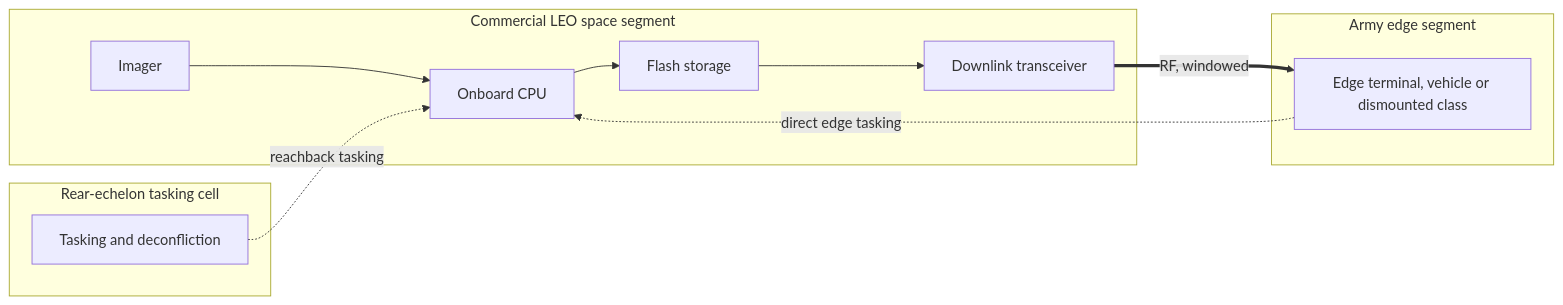
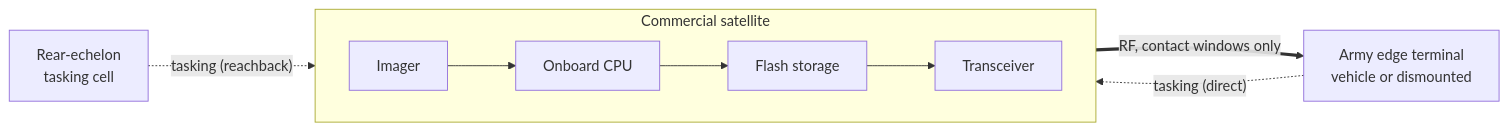
One commit to noahstephenson/leo-edge-architecture changed the sixth of 6 diagrams in docs/ARCHITECTURE_VIEWS.md. Above: the diagram before and after it, drawn with Mermaid. The commit also changed other lines of this file and 3 other files, not shown here.

````diff
--- a/docs/ARCHITECTURE_VIEWS.md
+++ b/docs/ARCHITECTURE_VIEWS.md
@@ -181,17 +181,12 @@
 ```mermaid
 flowchart LR
-    subgraph COM["Commercial LEO space segment"]
-        CAM["Imager"] --> CPU["Onboard CPU"]
-        CPU --> MEM["Flash storage"]
-        MEM --> TX["Downlink transceiver"]
+    Rear["Rear-echelon<br/>tasking cell"]
+    Term["Army edge terminal<br/>vehicle or dismounted"]
+    subgraph SAT["Commercial satellite"]
+        direction LR
+        CAM["Imager"] --> CPU["Onboard CPU"] --> MEM["Flash storage"] --> TX["Transceiver"]
     end
-    subgraph RE["Rear-echelon tasking cell"]
-        TASK["Tasking and deconfliction"]
-    end
-    subgraph EDGE["Army edge segment"]
-        TERM["Edge terminal, vehicle or dismounted class"]
-    end
-    TASK -.->|"reachback tasking"| CPU
-    TERM -.->|"direct edge tasking"| CPU
-    TX ==>|"RF, windowed"| TERM
+    Rear -.->|"tasking (reachback)"| CPU
+    Term -.->|"tasking (direct)"| CPU
+    TX ==>|"RF, contact windows only"| Term
 ```
````
